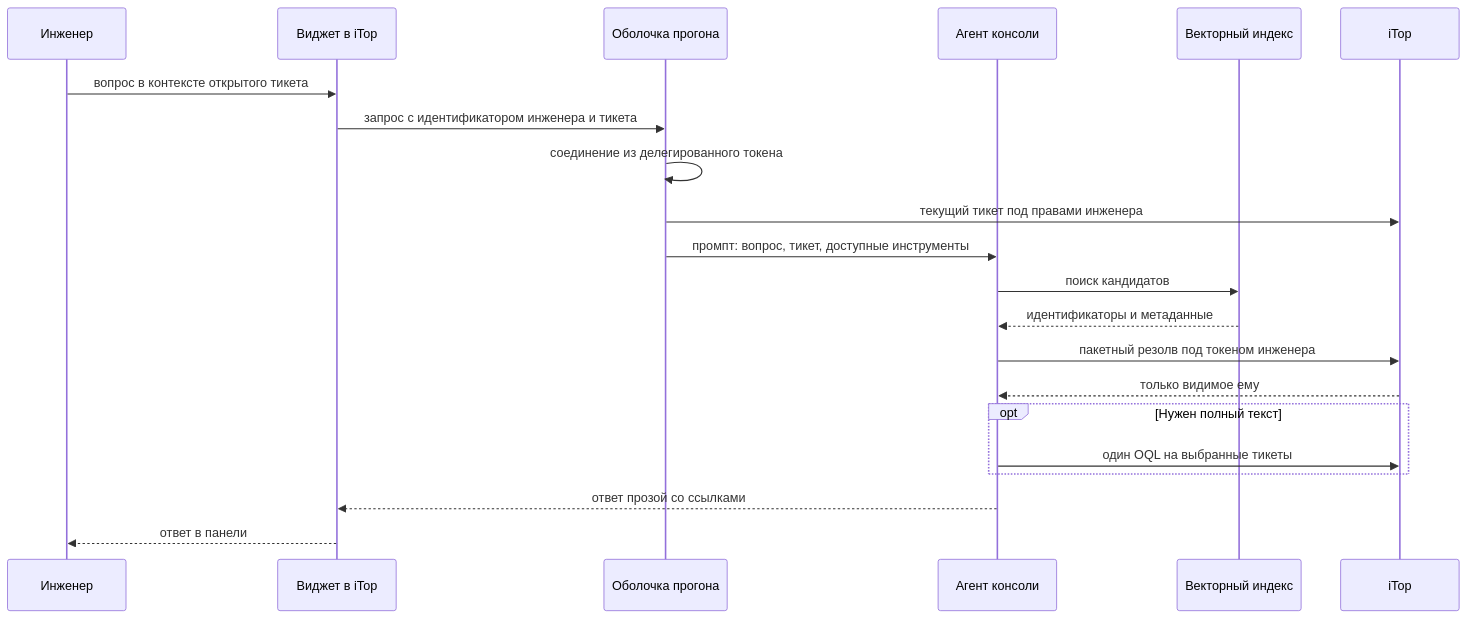
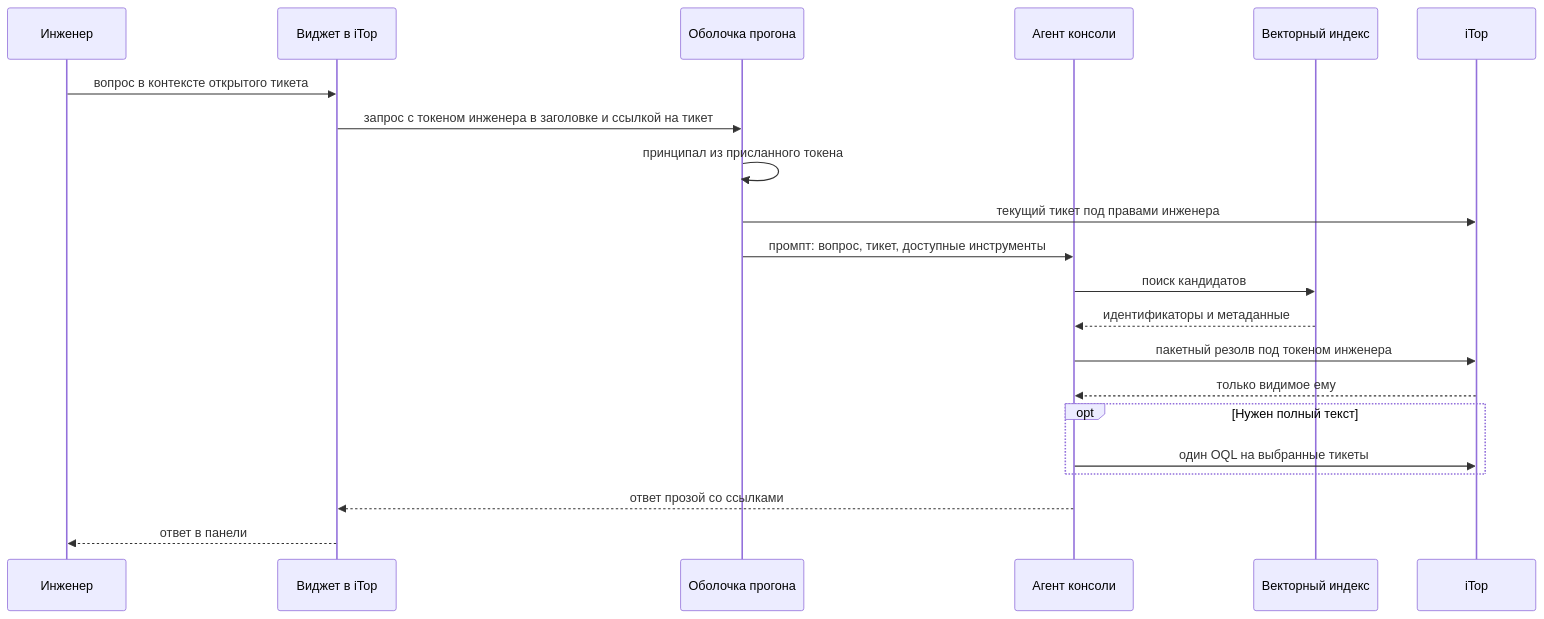
Before and after one commit to knowitop/itop-ai-assistant: the fourth of 4 diagrams in docs/architecture.md, drawn with Mermaid. The commit also changed other lines of this file and 2 other files, not shown here.

````diff
--- a/docs/architecture.md
+++ b/docs/architecture.md
@@ -289,24 +293,24 @@
 ```mermaid
 sequenceDiagram
     participant E as Инженер
     participant WG as Виджет в iTop
     participant P as Оболочка прогона
     participant A as Агент консоли
     participant V as Векторный индекс
     participant IT as iTop
 
     E->>WG: вопрос в контексте открытого тикета
-    WG->>P: запрос с идентификатором инженера и тикета
-    P->>P: соединение из делегированного токена
+    WG->>P: запрос с токеном инженера в заголовке и ссылкой на тикет
+    P->>P: принципал из присланного токена
     P->>IT: текущий тикет под правами инженера
     P->>A: промпт: вопрос, тикет, доступные инструменты
     A->>V: поиск кандидатов
     V-->>A: идентификаторы и метаданные
     A->>IT: пакетный резолв под токеном инженера
     IT-->>A: только видимое ему
     opt Нужен полный текст
         A->>IT: один OQL на выбранные тикеты
     end
     A-->>WG: ответ прозой со ссылками
     WG-->>E: ответ в панели
 ```
````
